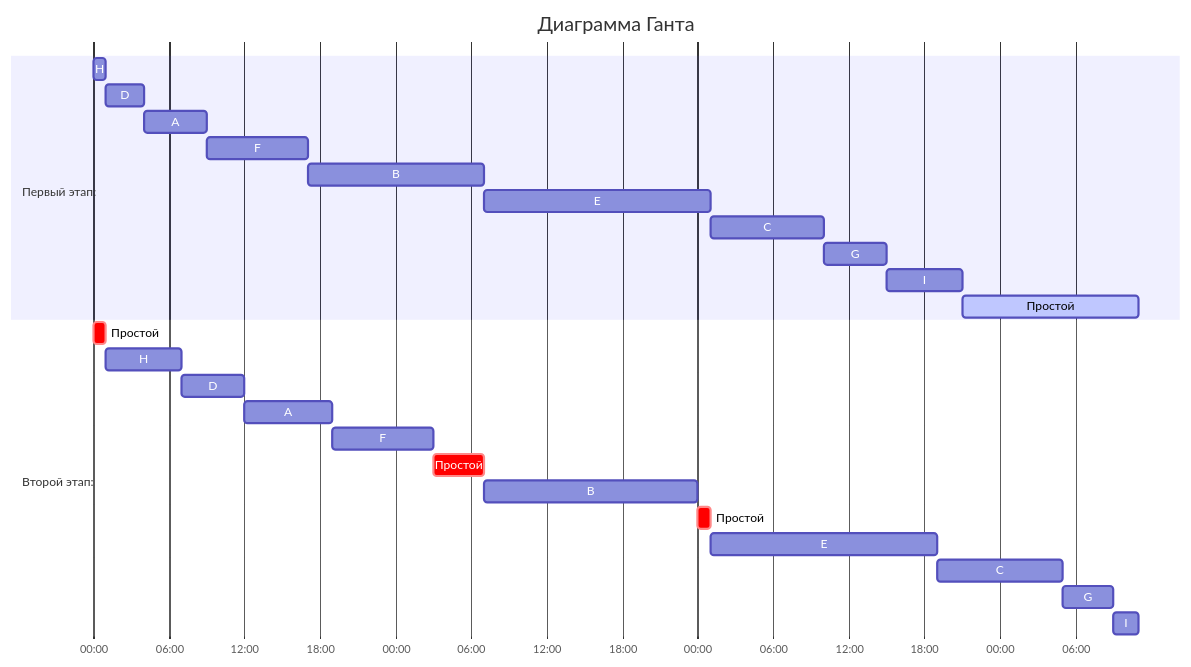
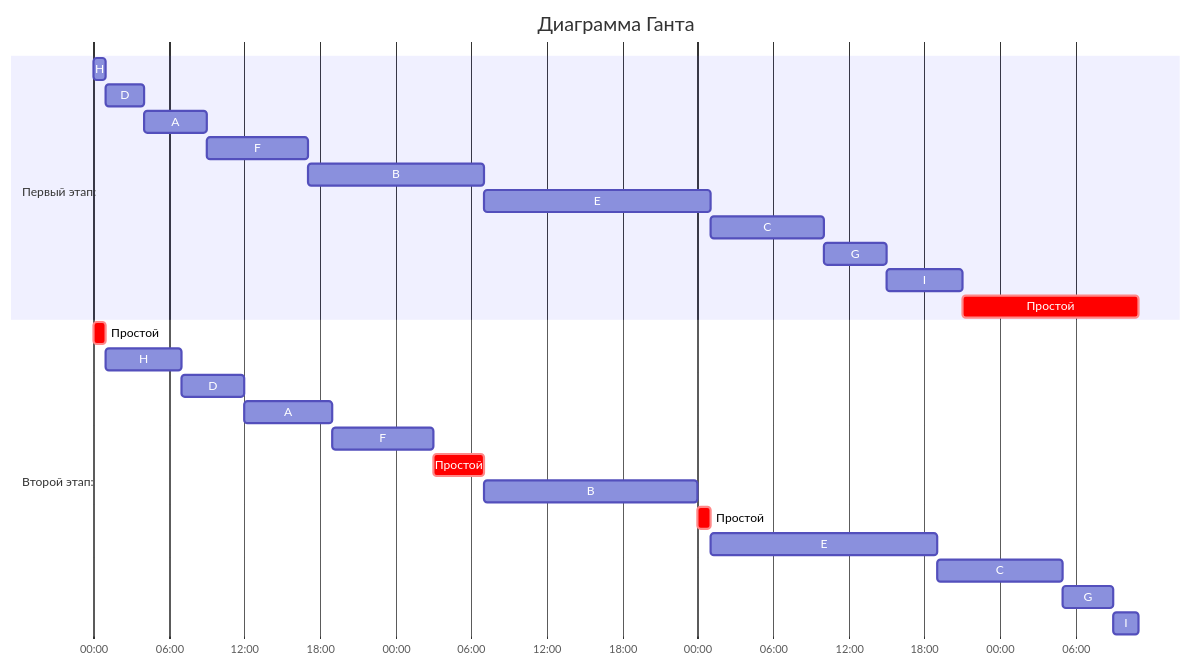
The first of 2 diagrams in Задание 8/DEKtop.md (hse-algo-ps-25-2/manual-tasks), drawn with Mermaid before and after one commit. The commit also changed other lines of this file, not shown here.

Commit message:
Небольшие правки ситнахиса LaTeX и Mermaid

````diff
--- a/Задание 8/DEKtop.md
+++ b/Задание 8/DEKtop.md
@@ -121,30 +121,30 @@
 ```mermaid
 gantt
     title Диаграмма Ганта
     dateFormat HH
     axisFormat %H:%M
     section Первый этап:
     H :H_1, 00, 1h 
     D :D_1, after H_1, 3h
     A :A_1, after D_1, 5h
     F :F_1, after A_1, 8h  
     B :B_1, after F_1, 14h  
     E :E_1, after B_1, 18h  
     C :C_1, after E_1, 9h  
     G :G_1, after C_1, 5h
     I :I_1, after G_1, 6h
-    Простой: active, after I_1, 14h
+    Простой: crit, after I_1, 14h
     section Второй этап:
     Простой: crit, 00, 1h
     H :H_2, after H_1, 6h 
     D :D_2, after H_2, 5h
     A :A_2, after D_2, 7h
     F :F_2, after A_2, 8h
     Простой: crit, after F_2, 4h  
     B :B_2, after B_1, 17h
     Простой: crit, after B_2, 1h  
     E :E_2, after E_1, 18h  
     C :C_2, after E_2, 10h  
     G :G_2, after C_2, 4h
     I :I_2, after G_2, 2h
 ```
````
